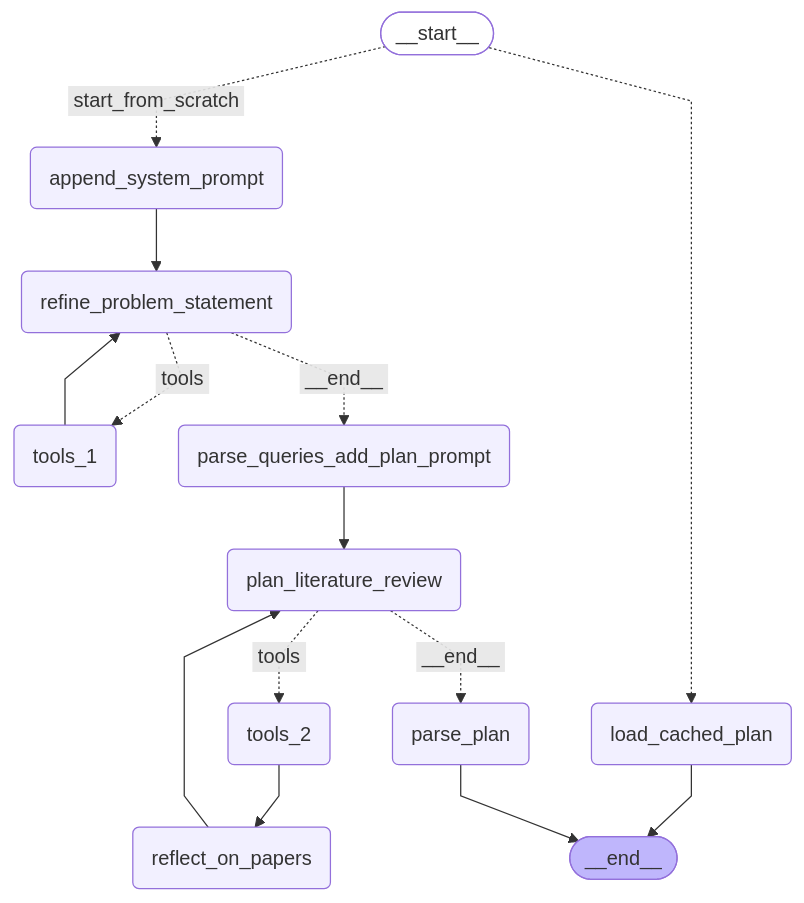
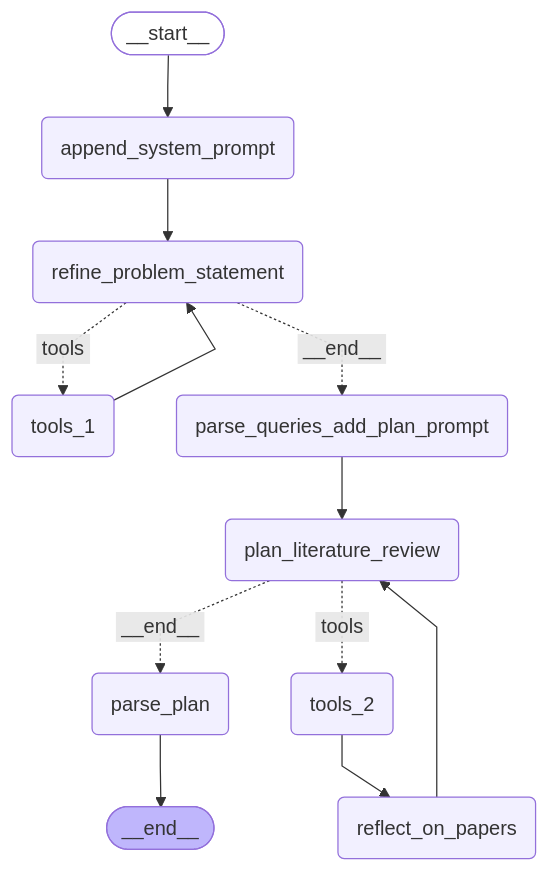
One commit to flatala/langgraph-research changed the diagram in graph_diagrams/planning_graph.mmd. Above: the diagram before and after it, drawn with Mermaid. The commit also changed 18 other files, not shown here.

```diff
--- a/graph_diagrams/planning_graph.mmd
+++ b/graph_diagrams/planning_graph.mmd
@@ -1,33 +1,30 @@
 ---
 config:
   flowchart:
     curve: linear
 ---
 graph TD;
 	__start__([<p>__start__</p>]):::first
-	load_cached_plan(load_cached_plan)
 	append_system_prompt(append_system_prompt)
 	refine_problem_statement(refine_problem_statement)
 	tools_1(tools_1)
 	parse_queries_add_plan_prompt(parse_queries_add_plan_prompt)
 	plan_literature_review(plan_literature_review)
 	tools_2(tools_2)
 	reflect_on_papers(reflect_on_papers)
 	parse_plan(parse_plan)
 	__end__([<p>__end__</p>]):::last
-	__start__ -. &nbsp;start_from_scratch&nbsp; .-> append_system_prompt;
-	__start__ -.-> load_cached_plan;
+	__start__ --> append_system_prompt;
 	append_system_prompt --> refine_problem_statement;
 	parse_queries_add_plan_prompt --> plan_literature_review;
 	plan_literature_review -. &nbsp;__end__&nbsp; .-> parse_plan;
 	plan_literature_review -. &nbsp;tools&nbsp; .-> tools_2;
 	refine_problem_statement -. &nbsp;__end__&nbsp; .-> parse_queries_add_plan_prompt;
 	refine_problem_statement -. &nbsp;tools&nbsp; .-> tools_1;
 	reflect_on_papers --> plan_literature_review;
 	tools_1 --> refine_problem_statement;
 	tools_2 --> reflect_on_papers;
-	load_cached_plan --> __end__;
 	parse_plan --> __end__;
 	classDef default fill:#f2f0ff,line-height:1.2
 	classDef first fill-opacity:0
 	classDef last fill:#bfb6fc
```
